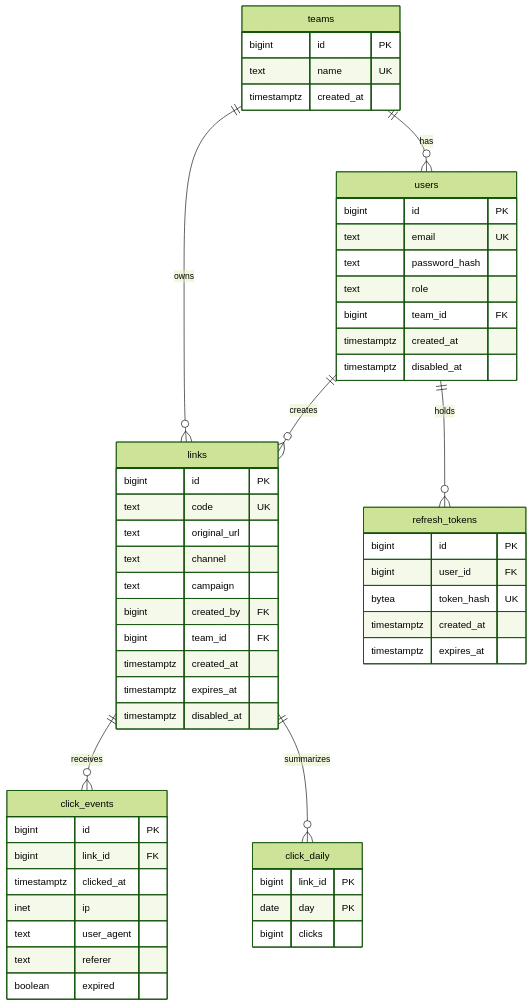
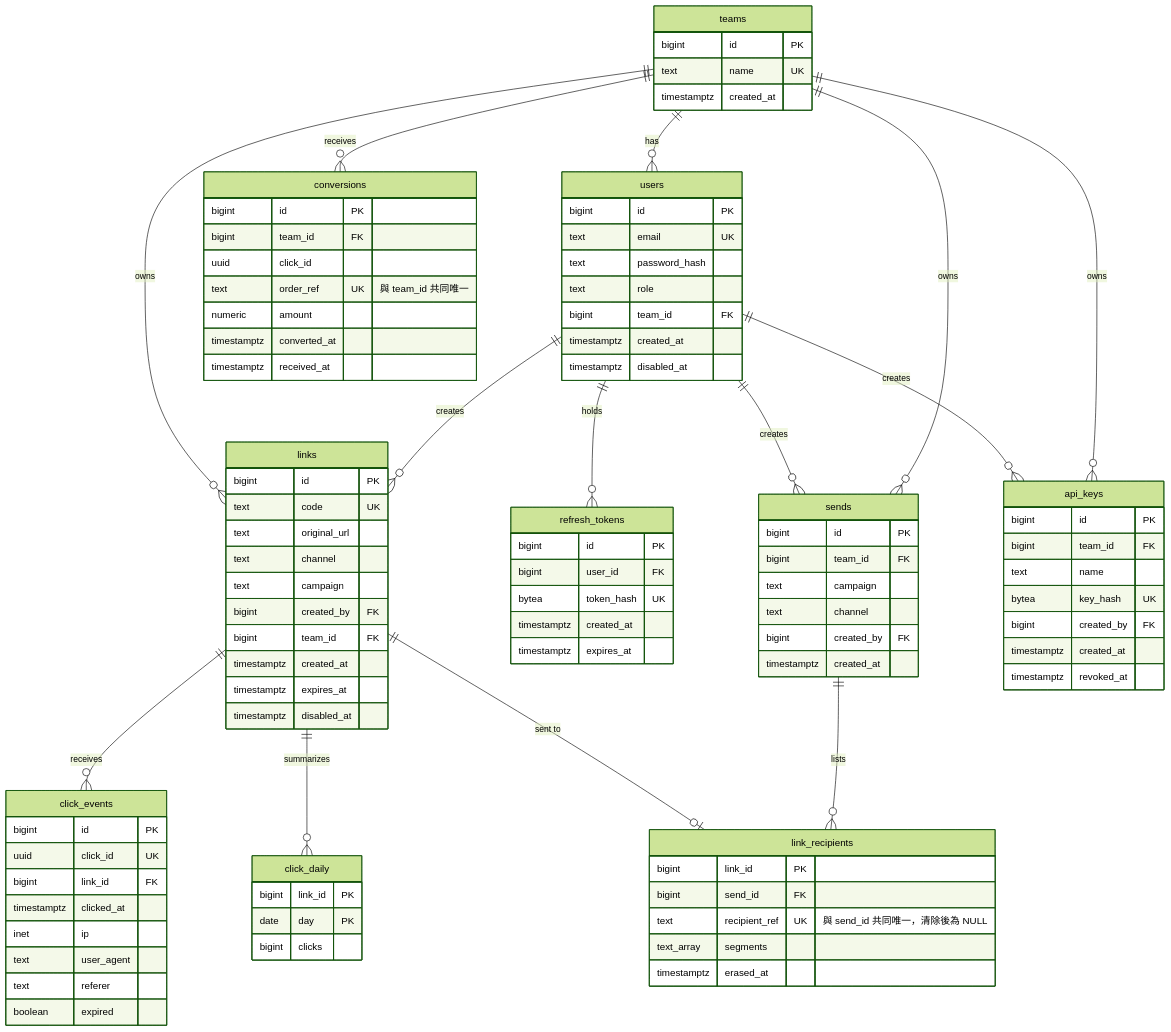
Before and after one commit to tarrragon/tinyurl-test: the diagram in docs/system-design.md, drawn with Mermaid (forest theme). The commit also changed other lines of this file and 8 other files, not shown here.

````diff
--- a/docs/system-design.md
+++ b/docs/system-design.md
@@ -108,6 +111,13 @@
     links ||--o{ click_events : receives
     links ||--o{ click_daily : summarizes
     users ||--o{ refresh_tokens : holds
+    teams ||--o{ sends : owns
+    sends ||--o{ link_recipients : lists
+    links ||--o| link_recipients : "sent to"
+    users ||--o{ sends : creates
+    teams ||--o{ api_keys : owns
+    users ||--o{ api_keys : creates
+    teams ||--o{ conversions : receives
 
     teams {
         bigint id PK
@@ -137,6 +147,7 @@
     }
     click_events {
         bigint id PK
+        uuid click_id UK
         bigint link_id FK
         timestamptz clicked_at
         inet ip
@@ -156,4 +167,37 @@
         timestamptz created_at
         timestamptz expires_at
     }
+    sends {
+        bigint id PK
+        bigint team_id FK
+        text campaign
+        text channel
+        bigint created_by FK
+        timestamptz created_at
+    }
+    link_recipients {
+        bigint link_id PK
+        bigint send_id FK
+        text recipient_ref UK "與 send_id 共同唯一，清除後為 NULL"
+        text_array segments
+        timestamptz erased_at
+    }
+    conversions {
+        bigint id PK
+        bigint team_id FK
+        uuid click_id
+        text order_ref UK "與 team_id 共同唯一"
+        numeric amount
+        timestamptz converted_at
+        timestamptz received_at
+    }
+    api_keys {
+        bigint id PK
+        bigint team_id FK
+        text name
+        bytea key_hash UK
+        bigint created_by FK
+        timestamptz created_at
+        timestamptz revoked_at
+    }
 ```
````
